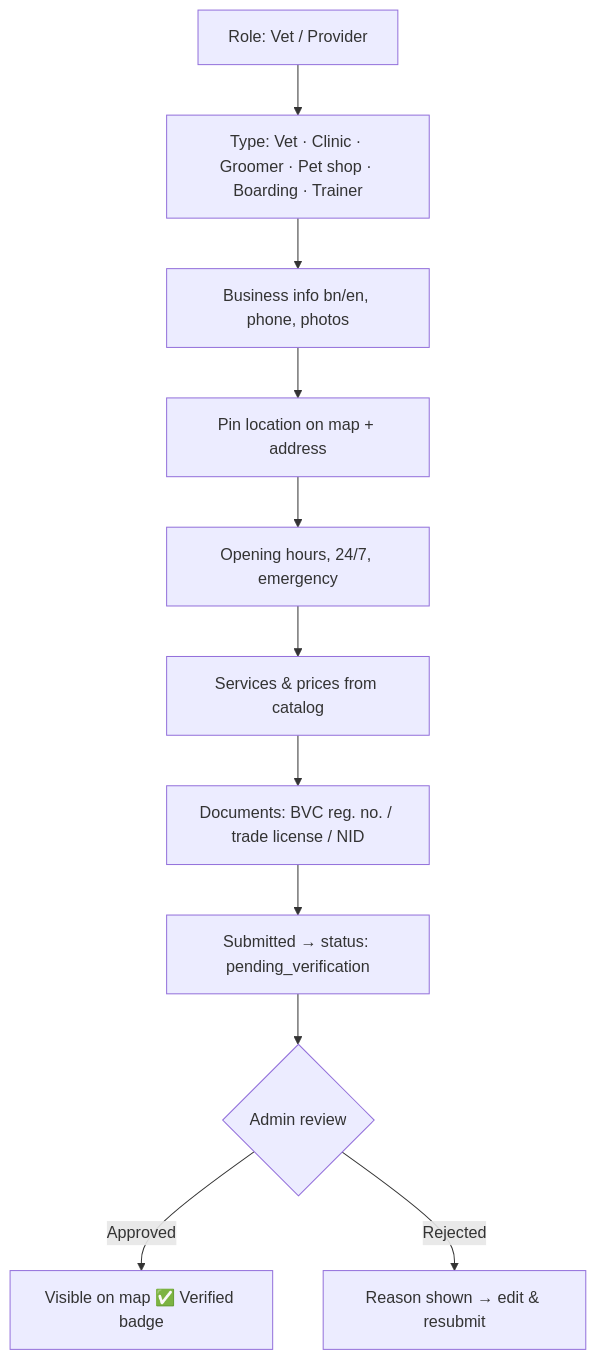
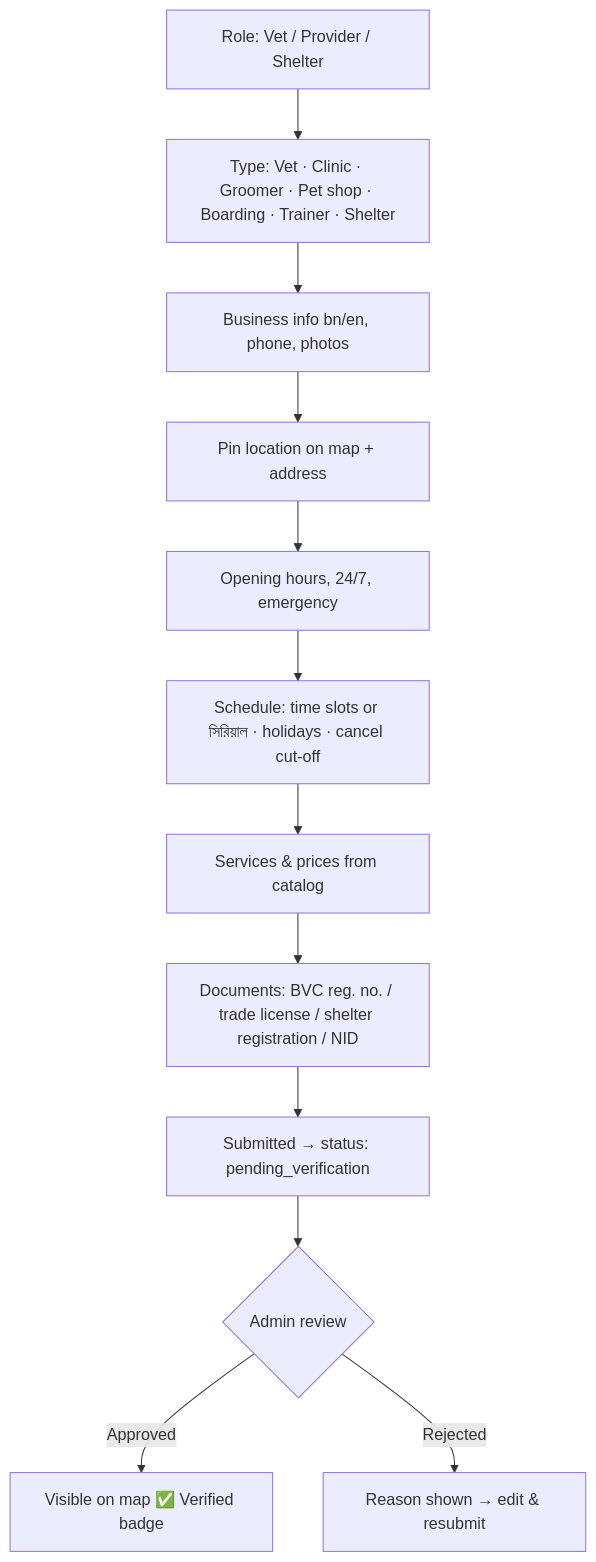
The fifth of 8 diagrams in docs/app-flow.md (afridi2003-maverick/Pranora), drawn with Mermaid before and after one commit. The commit also changed other lines of this file and 9 other files, not shown here.

````diff
--- a/docs/app-flow.md
+++ b/docs/app-flow.md
@@ -177,13 +203,14 @@
 ```mermaid
 flowchart TD
-  P0[Role: Vet / Provider] --> P1[Type: Vet · Clinic · Groomer · Pet shop · Boarding · Trainer]
+  P0[Role: Vet / Provider / Shelter] --> P1[Type: Vet · Clinic · Groomer · Pet shop · Boarding · Trainer · Shelter]
   P1 --> P2[Business info bn/en, phone, photos]
   P2 --> P3[Pin location on map + address]
   P3 --> P4[Opening hours, 24/7, emergency]
-  P4 --> P5[Services & prices from catalog]
-  P5 --> P6[Documents: BVC reg. no. / trade license / NID]
+  P4 --> P4B[Schedule: time slots or সিরিয়াল · holidays · cancel cut-off]
+  P4B --> P5[Services & prices from catalog]
+  P5 --> P6[Documents: BVC reg. no. / trade license / shelter registration / NID]
   P6 --> P7[Submitted → status: pending_verification]
   P7 --> ADM{Admin review}
   ADM -- Approved --> LIVE[Visible on map ✅ Verified badge]
   ADM -- Rejected --> FIX[Reason shown → edit & resubmit]
 ```
````
